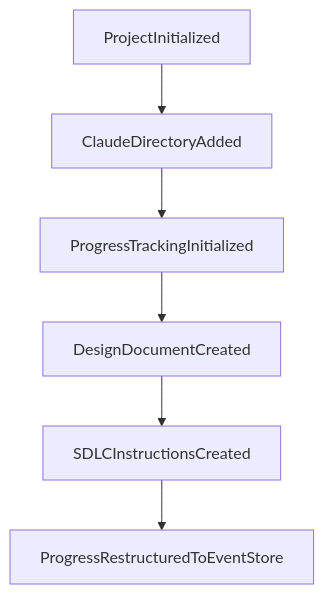
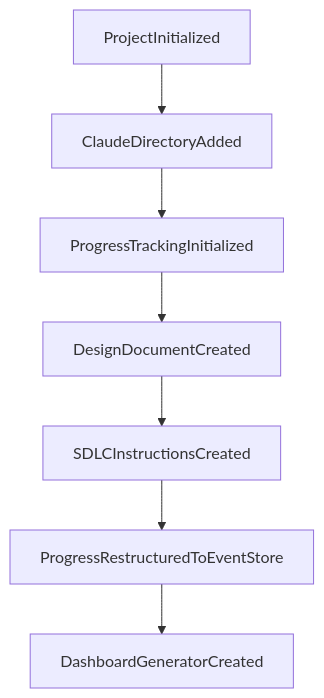
Before and after one commit to TheCowboyAI/cim-graph: the second of 2 diagrams in doc/progress/progress.md, drawn with Mermaid. The commit also changed other lines of this file and 6 other files, not shown here.

First line of the commit message:
feat: Complete Graph Domain design documentation

````diff
--- a/doc/progress/progress.md
+++ b/doc/progress/progress.md
@@ -72,9 +73,10 @@
 ```mermaid
 graph TD
     e99a30c7[ProjectInitialized]
     e99a30c7 --> e13a7004[ClaudeDirectoryAdded]
     e13a7004 --> 406533be[ProgressTrackingInitialized]
     406533be --> 47db4527[DesignDocumentCreated]
     47db4527 --> 6a38e749[SDLCInstructionsCreated]
     6a38e749 --> baea9958[ProgressRestructuredToEventStore]
+    baea9958 --> 9aeed0a9[DashboardGeneratorCreated]
 ```
````
